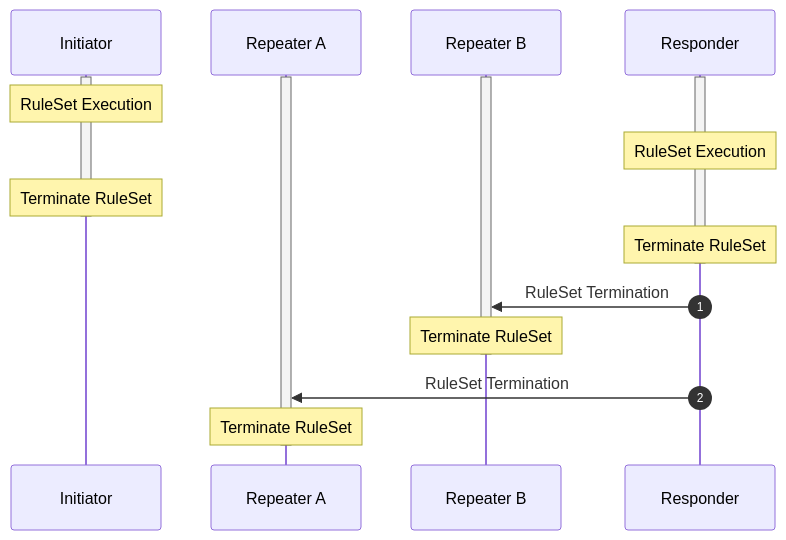
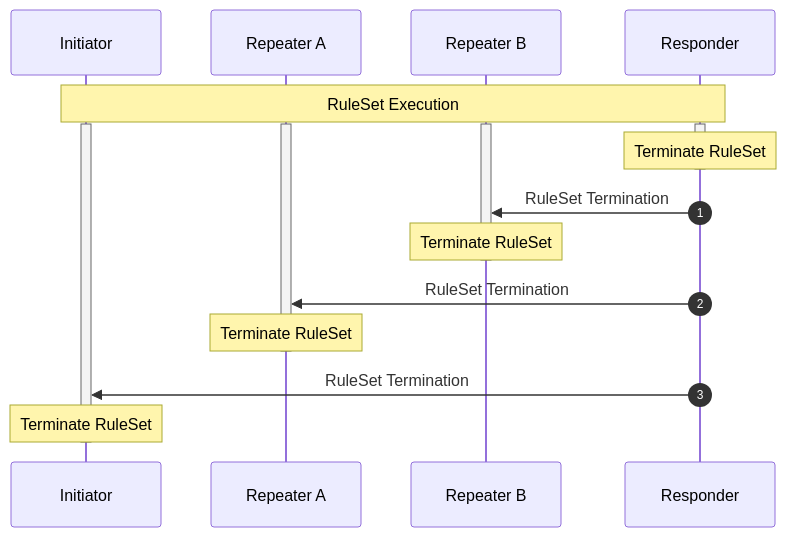
One commit to sfc-aqua/RuleSetSpec changed the fourth of 5 diagrams in 2.1.ConnectionSetupSpec.md. Above: the diagram before and after it, drawn with Mermaid. The commit also changed other lines of this file, not shown here.

Commit message:
updated diagram

````diff
--- a/2.1.ConnectionSetupSpec.md
+++ b/2.1.ConnectionSetupSpec.md
@@ -389,27 +389,28 @@
 ```mermaid
 sequenceDiagram
     autonumber
     participant ini as Initiator
     participant ra as Repeater A
     participant rb as Repeater B
     participant res as Responder
 
+    Note over ini, res: RuleSet Execution
     activate ini
     activate res
     activate ra
     activate rb
-    Note over ini: RuleSet Execution
-    Note over res: RuleSet Execution
-    Note over ini: Terminate RuleSet
-    deactivate ini
     Note over res: Terminate RuleSet
     deactivate res
 
     res ->> rb: RuleSet Termination
     Note over rb: Terminate RuleSet
     deactivate rb
     res ->> ra: RuleSet Termination
 
     Note over ra: Terminate RuleSet
     deactivate ra
+
+    res ->> ini: RuleSet Termination
+    Note over ini: Terminate RuleSet
+    deactivate ini
 ```
````
